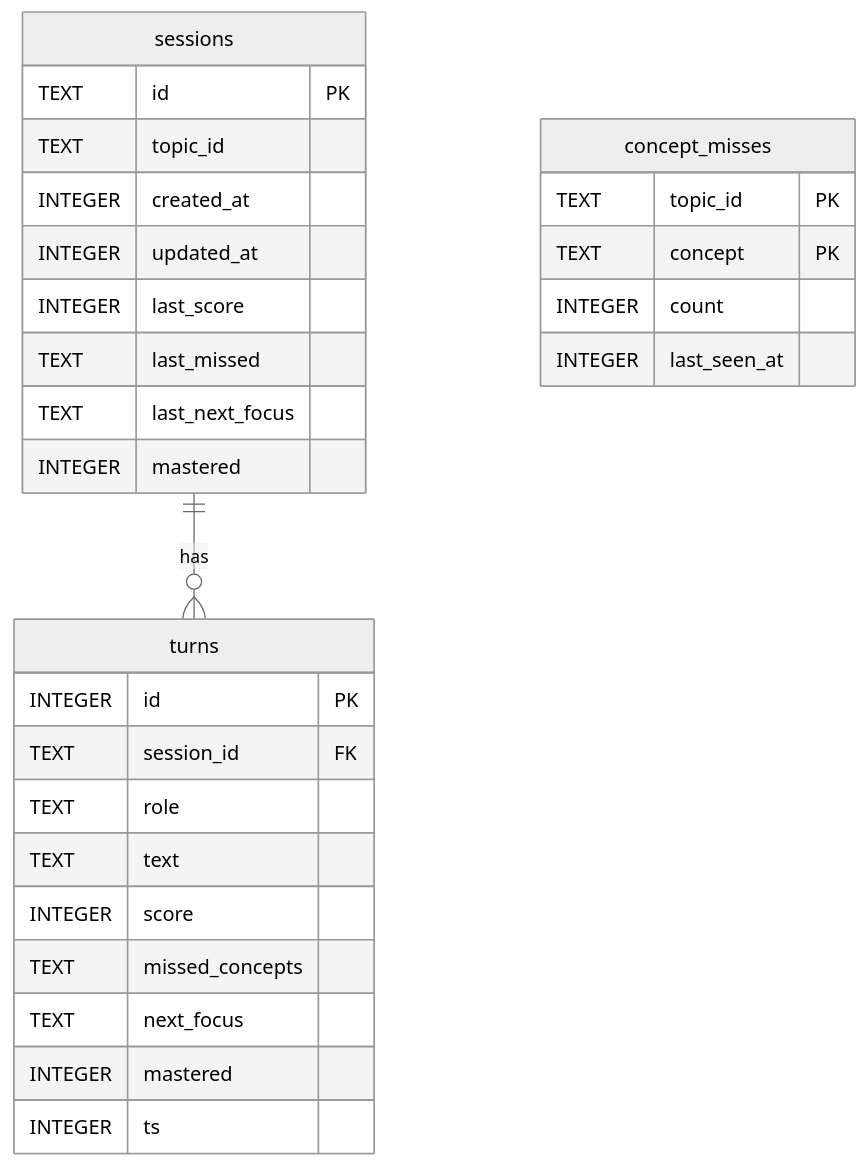
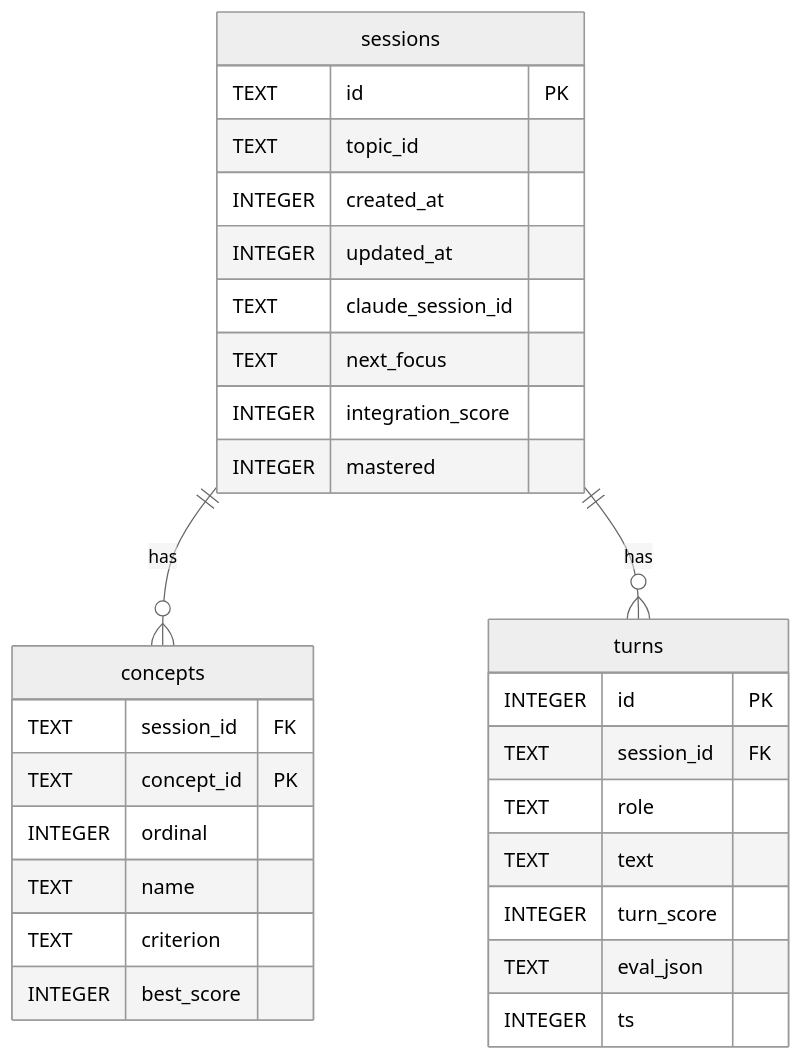
The third of 3 diagrams in README.md (ckgod/maft), drawn with Mermaid (neutral theme) before and after one commit. The commit also changed other lines of this file and 3 other files, not shown here.

````diff
--- a/README.md
+++ b/README.md
@@ -90,31 +90,32 @@
 ```mermaid
 erDiagram
+  sessions ||--o{ concepts : has
   sessions ||--o{ turns : has
   sessions {
     TEXT id PK
     TEXT topic_id
     INTEGER created_at
     INTEGER updated_at
-    INTEGER last_score
-    TEXT last_missed
-    TEXT last_next_focus
+    TEXT claude_session_id
+    TEXT next_focus
+    INTEGER integration_score
     INTEGER mastered
+  }
+  concepts {
+    TEXT session_id FK
+    TEXT concept_id PK
+    INTEGER ordinal
+    TEXT name
+    TEXT criterion
+    INTEGER best_score
   }
   turns {
     INTEGER id PK
     TEXT session_id FK
     TEXT role
     TEXT text
-    INTEGER score
-    TEXT missed_concepts
-    TEXT next_focus
-    INTEGER mastered
+    INTEGER turn_score
+    TEXT eval_json
     INTEGER ts
   }
-  concept_misses {
-    TEXT topic_id PK
-    TEXT concept PK
-    INTEGER count
-    INTEGER last_seen_at
-  }
 ```
````
